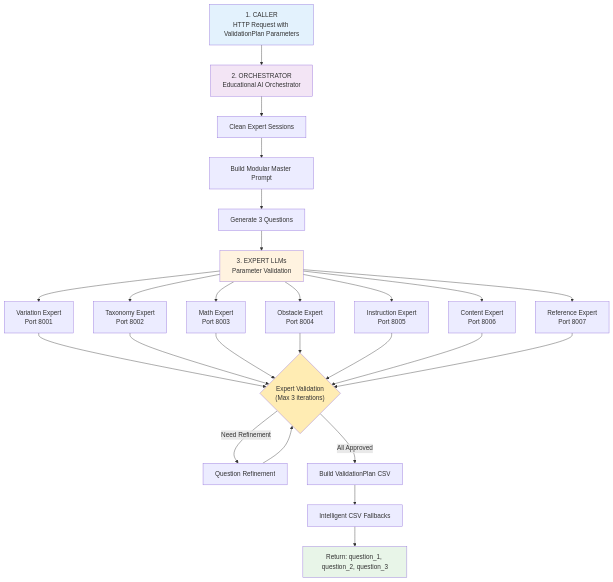
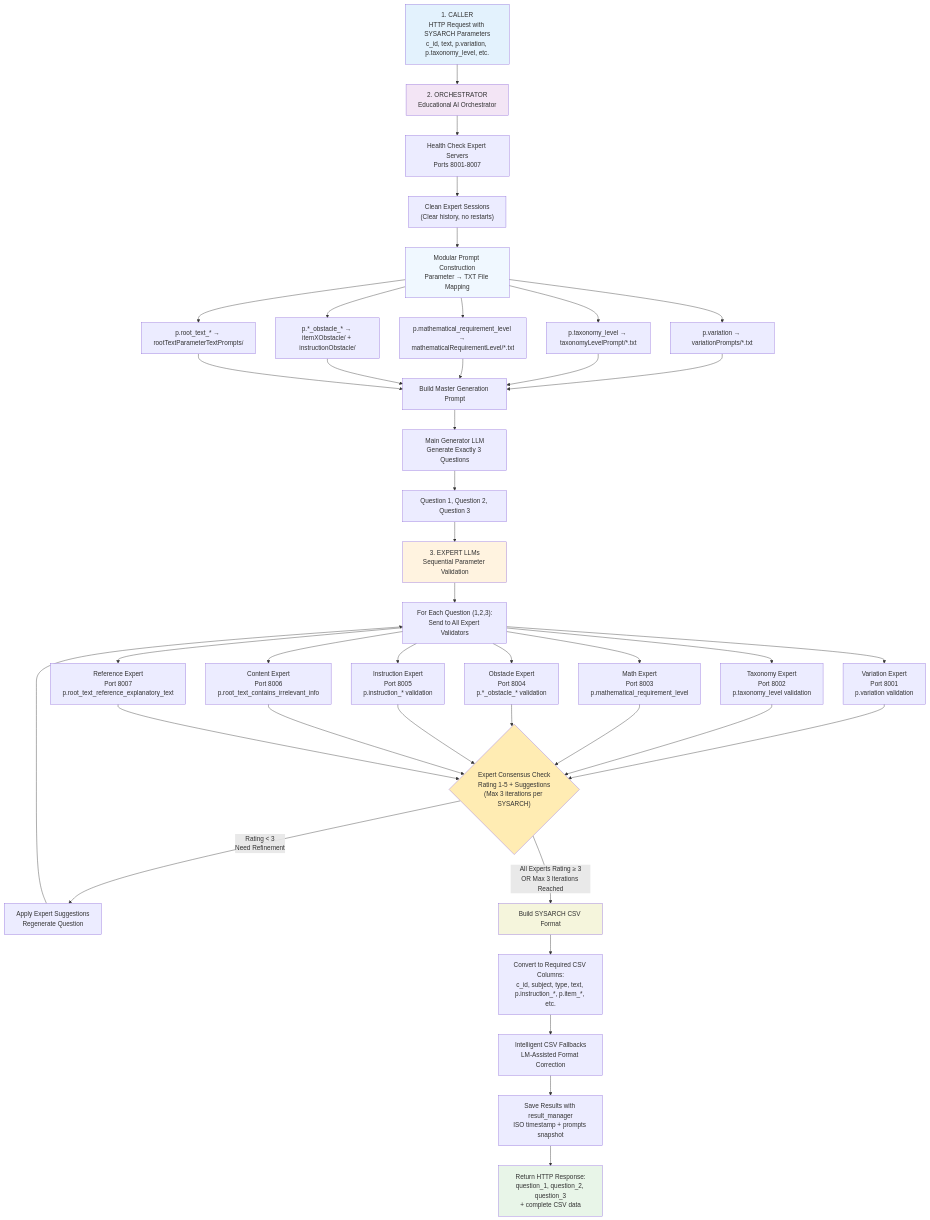
The first of 2 diagrams in README.md (mklemmingen/ALEE), drawn with Mermaid before and after one commit. The commit also changed other lines of this file and 1 other file, not shown here.

Commit message:
Update README.md to enhance stakeholder testing documentation and clarify SYSARCH parameters

````diff
--- a/README.md
+++ b/README.md
@@ -23,36 +23,61 @@
 ```mermaid
 graph TD
-    A["1. CALLER<br/>HTTP Request with ValidationPlan Parameters"] --> B["2. ORCHESTRATOR<br/>Educational AI Orchestrator"]
-    B --> B1["Clean Expert Sessions"]
-    B1 --> B2["Build Modular Master Prompt"]
-    B2 --> B3["Generate 3 Questions"]
-    B3 --> C["3. EXPERT LLMs<br/>Parameter Validation"]
+    A["1. CALLER<br/>HTTP Request with SYSARCH Parameters<br/>c_id, text, p.variation, p.taxonomy_level, etc."] --> B["2. ORCHESTRATOR<br/>Educational AI Orchestrator"]
     
-    C --> D["Variation Expert<br/>Port 8001"]
-    C --> E["Taxonomy Expert<br/>Port 8002"] 
-    C --> F["Math Expert<br/>Port 8003"]
-    C --> G["Obstacle Expert<br/>Port 8004"]
-    C --> H["Instruction Expert<br/>Port 8005"]
-    C --> I["Content Expert<br/>Port 8006"]
-    C --> J["Reference Expert<br/>Port 8007"]
+    B --> B1["Health Check Expert Servers<br/>Ports 8001-8007"]
+    B1 --> B2["Clean Expert Sessions<br/>(Clear history, no restarts)"]
+    B2 --> B3["Modular Prompt Construction<br/>Parameter → TXT File Mapping"]
     
-    D --> K{"Expert Validation<br/>(Max 3 iterations)"}
+    B3 --> B3A["p.variation → variationPrompts/*.txt"]
+    B3 --> B3B["p.taxonomy_level → taxonomyLevelPrompt/*.txt"]  
+    B3 --> B3C["p.mathematical_requirement_level → mathematicalRequirementLevel/*.txt"]
+    B3 --> B3D["p.*_obstacle_* → itemXObstacle/ + instructionObstacle/"]
+    B3 --> B3E["p.root_text_* → rootTextParameterTextPrompts/"]
+    
+    B3A --> B4["Build Master Generation Prompt"]
+    B3B --> B4
+    B3C --> B4
+    B3D --> B4
+    B3E --> B4
+    
+    B4 --> B5["Main Generator LLM<br/>Generate Exactly 3 Questions"]
+    B5 --> B6["Question 1, Question 2, Question 3"]
+    
+    B6 --> C["3. EXPERT LLMs<br/>Sequential Parameter Validation"]
+    
+    C --> C1["For Each Question (1,2,3):<br/>Send to All Expert Validators"]
+    
+    C1 --> D["Variation Expert<br/>Port 8001<br/>p.variation validation"]
+    C1 --> E["Taxonomy Expert<br/>Port 8002<br/>p.taxonomy_level validation"] 
+    C1 --> F["Math Expert<br/>Port 8003<br/>p.mathematical_requirement_level"]
+    C1 --> G["Obstacle Expert<br/>Port 8004<br/>p.*_obstacle_* validation"]
+    C1 --> H["Instruction Expert<br/>Port 8005<br/>p.instruction_* validation"]
+    C1 --> I["Content Expert<br/>Port 8006<br/>p.root_text_contains_irrelevant_info"]
+    C1 --> J["Reference Expert<br/>Port 8007<br/>p.root_text_reference_explanatory_text"]
+    
+    D --> K{"Expert Consensus Check<br/>Rating 1-5 + Suggestions<br/>(Max 3 iterations per SYSARCH)"}
     E --> K
     F --> K
     G --> K
     H --> K
     I --> K
     J --> K
     
-    K -->|"Need Refinement"| L["Question Refinement"]
-    L --> K
-    K -->|"All Approved"| M["Build ValidationPlan CSV"]
-    M --> M1["Intelligent CSV Fallbacks"]
-    M1 --> N["Return: question_1, question_2, question_3"]
+    K -->|"Rating < 3<br/>Need Refinement"| L["Apply Expert Suggestions<br/>Regenerate Question"]
+    L --> C1
+    K -->|"All Experts Rating ≥ 3<br/>OR Max 3 Iterations Reached"| M["Build SYSARCH CSV Format"]
+    
+    M --> M1["Convert to Required CSV Columns:<br/>c_id, subject, type, text, p.instruction_*, p.item_*, etc."]
+    M1 --> M2["Intelligent CSV Fallbacks<br/>LM-Assisted Format Correction"]
+    M2 --> M3["Save Results with result_manager<br/>ISO timestamp + prompts snapshot"]
+    
+    M3 --> N["Return HTTP Response:<br/>question_1, question_2, question_3<br/>+ complete CSV data"]
     
     style A fill:#e3f2fd
     style B fill:#f3e5f5
     style C fill:#fff3e0
     style N fill:#e8f5e8
     style K fill:#ffecb3
+    style B3 fill:#f0f8ff
+    style M fill:#f5f5dc
 ```
````
